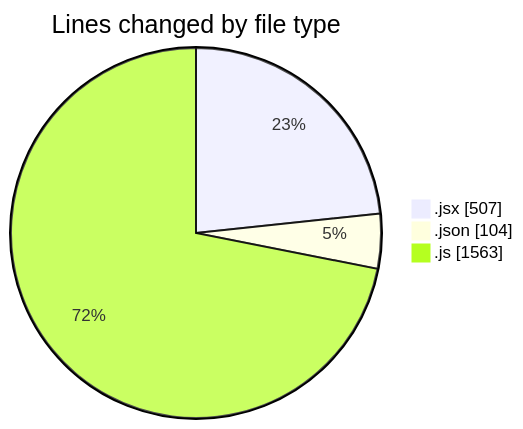
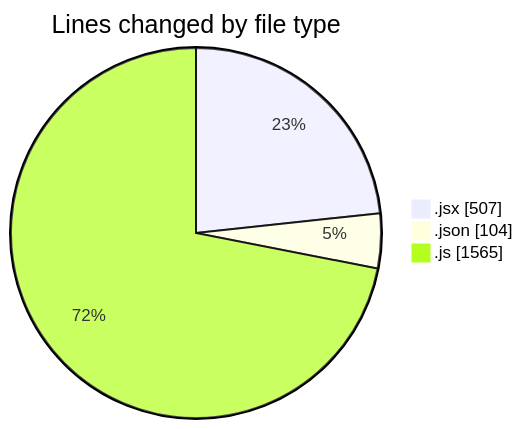
Before and after one commit to momahboobian/code-tracking: the first of 2 diagrams in 2025-05-19/cda/README.md, drawn with Mermaid. The commit also changed other lines of this file and 1 other file, not shown here.

````diff
--- a/2025-05-19/cda/README.md
+++ b/2025-05-19/cda/README.md
@@ -26,7 +26,7 @@
 ```mermaid
 pie showData
 title Lines changed by file type
 ".jsx" : 507
 ".json" : 104
-".js" : 1563
+".js" : 1565
 ```
````
